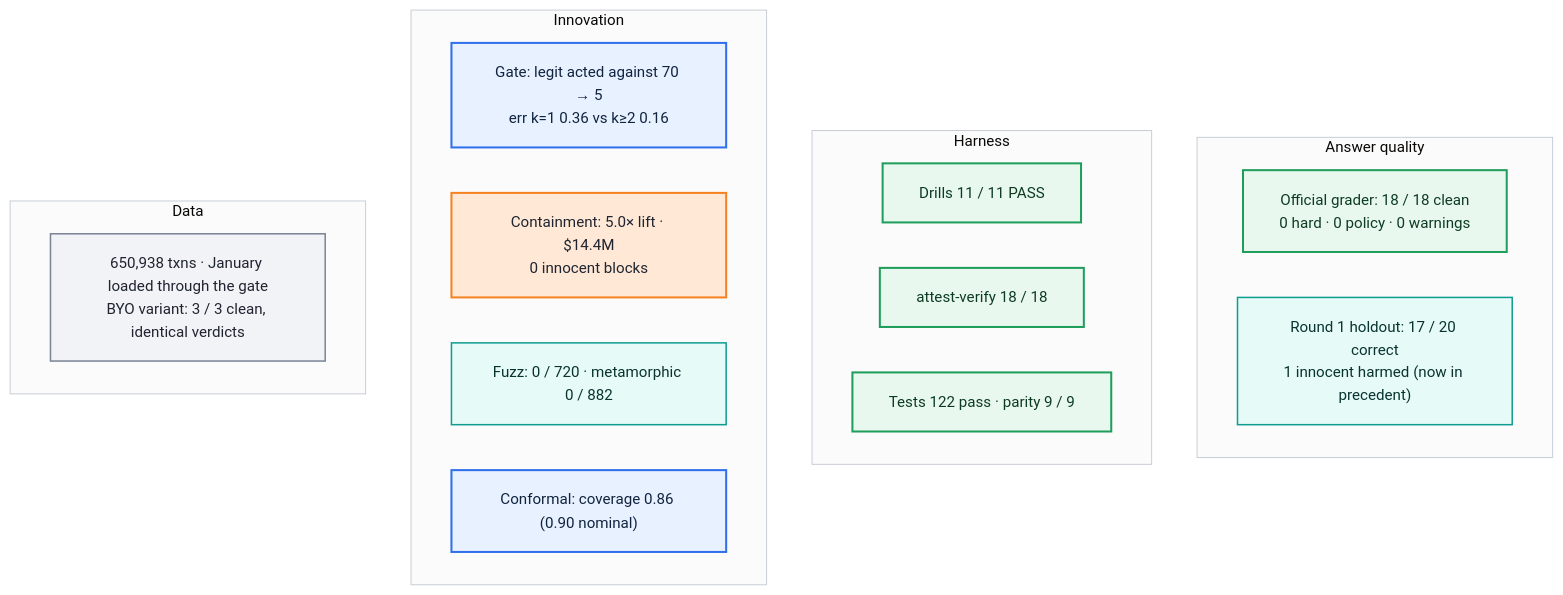
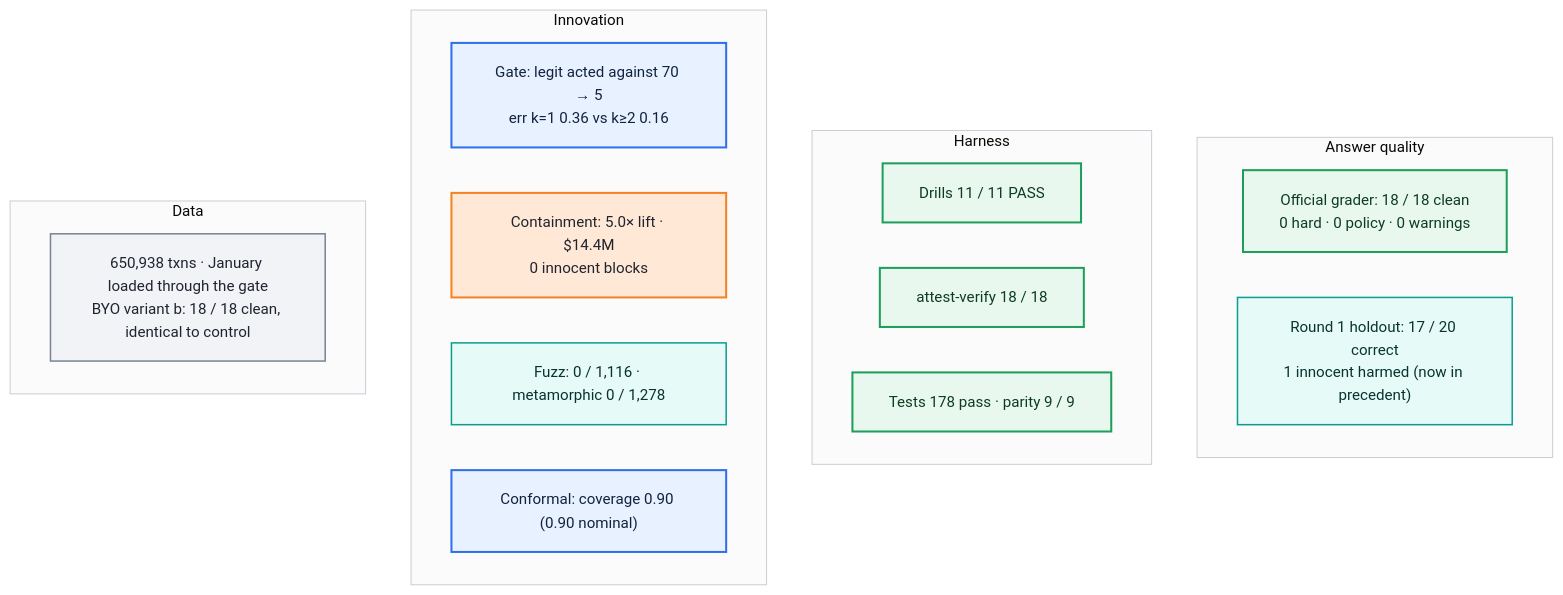
The diagram in docs/architecture/16-results.md (Prayant-M/HackerHouse_TigerGraph), drawn with Mermaid before and after one commit. The commit also changed other lines of this file and 27 other files, not shown here.

````diff
--- a/docs/architecture/16-results.md
+++ b/docs/architecture/16-results.md
@@ -5,36 +5,36 @@
 ```mermaid
 %%{init: {"theme": "base", "themeVariables": {
   "fontFamily": "Arial", "fontSize": "15px",
   "primaryColor": "#FFF4EC", "primaryBorderColor": "#F58220", "primaryTextColor": "#1F2430",
   "lineColor": "#5B6475", "secondaryColor": "#EEF4FF", "tertiaryColor": "#F6F7F9",
   "clusterBkg": "#FBFBFC", "clusterBorder": "#C9CED6"},
   "flowchart": {"htmlLabels": false, "padding": 18, "nodeSpacing": 45, "rankSpacing": 55}}}%%
 flowchart TB
   subgraph Q["Answer quality"]
     Q1["Official grader: 18 / 18 clean<br/>0 hard · 0 policy · 0 warnings"]:::ok
     Q2["Round 1 holdout: 17 / 20 correct<br/>1 innocent harmed (now in precedent)"]:::eval
   end
   subgraph H["Harness"]
     H1["Drills 11 / 11 PASS"]:::ok
     H2["attest-verify 18 / 18"]:::ok
-    H3["Tests 122 pass · parity 9 / 9"]:::ok
+    H3["Tests 178 pass · parity 9 / 9"]:::ok
   end
   subgraph I["Innovation"]
     I1["Gate: legit acted against 70 → 5<br/>err k=1 0.36 vs k≥2 0.16"]:::core
     I2["Containment: 5.0× lift · $14.4M<br/>0 innocent blocks"]:::tg
-    I3["Fuzz: 0 / 720 · metamorphic 0 / 882"]:::eval
-    I4["Conformal: coverage 0.86 (0.90 nominal)"]:::core
+    I3["Fuzz: 0 / 1,116 · metamorphic 0 / 1,278"]:::eval
+    I4["Conformal: coverage 0.90 (0.90 nominal)"]:::core
   end
   subgraph D["Data"]
-    D1["650,938 txns · January loaded through the gate<br/>BYO variant: 3 / 3 clean, identical verdicts"]:::data
+    D1["650,938 txns · January loaded through the gate<br/>BYO variant b: 18 / 18 clean, identical to control"]:::data
   end
 
 classDef tg fill:#FFE8D6,stroke:#F58220,stroke-width:2px,color:#1F2430;
 classDef core fill:#E8F1FF,stroke:#2F6FEB,stroke-width:2px,color:#10233F;
 classDef llm fill:#F3E8FF,stroke:#8B5CF6,stroke-width:1.5px,color:#2A1450,stroke-dasharray:4 3;
 classDef guard fill:#FFECEC,stroke:#D64545,stroke-width:2px,color:#4A1010;
 classDef ok fill:#E9F8EF,stroke:#1E9E5A,stroke-width:2px,color:#0D3B22;
 classDef human fill:#FFF8DB,stroke:#C79A00,stroke-width:2px,color:#3A2E00;
 classDef data fill:#F1F3F6,stroke:#7A8394,stroke-width:1.5px,color:#1F2430;
 classDef eval fill:#E6FAF8,stroke:#0F9D8F,stroke-width:1.5px,color:#08332F;
 ```
````
